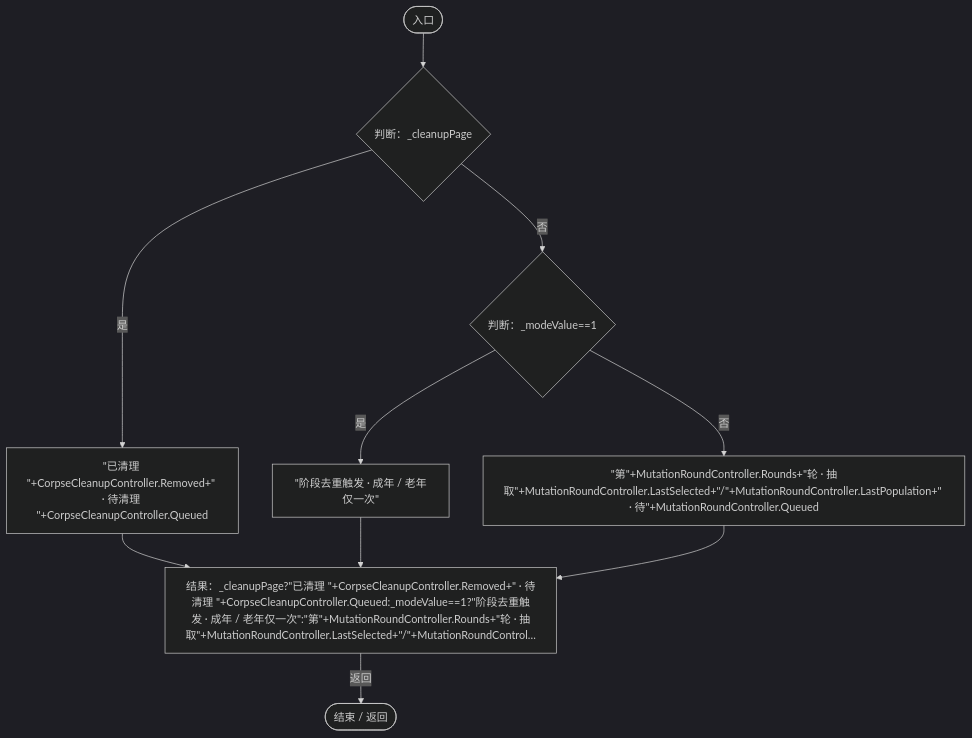
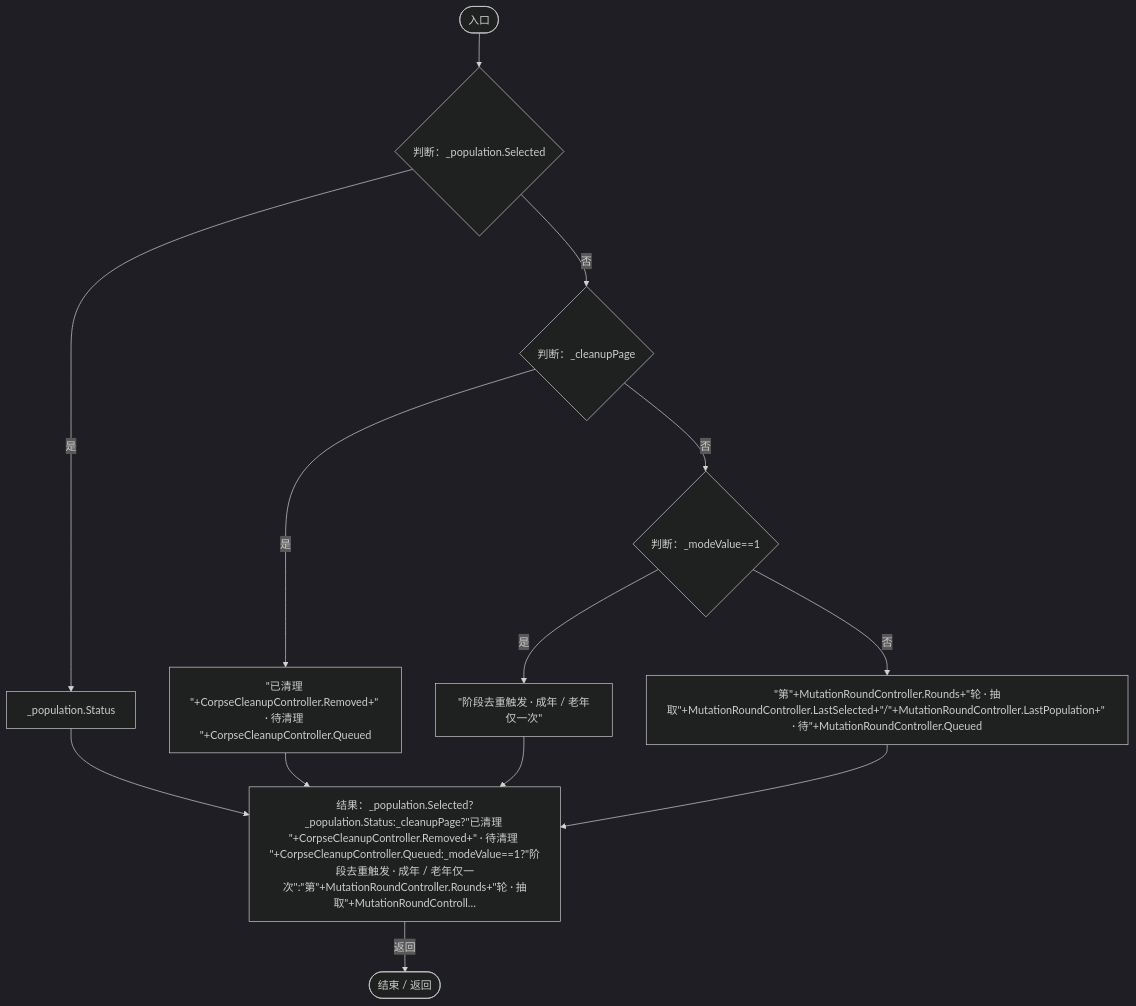
Diagram 26 of 26 in Docs/运行流程图/脚本/92d59cd12a5696c3.md (xhs6666/Darwin_paradise), drawn with Mermaid (dark theme) before and after one commit. The commit also changed other lines of this file and 114 other files, not shown here.

First line of the commit message:
Make population ratio control optional and retire automatic refill

````diff
--- a/Docs/运行流程图/脚本/92d59cd12a5696c3.md
+++ b/Docs/运行流程图/脚本/92d59cd12a5696c3.md
@@ -770,21 +889,26 @@
 ```mermaid
 flowchart TD
   b0(["入口"])
-  b1{"判断：_cleanupPage"}
-  b2["&quot;已清理 &quot;+CorpseCleanupController.Removed+&quot; · 待清理 &quot;+CorpseCleanupController.Queued"]
-  b3{"判断：_modeValue==1"}
-  b4["&quot;阶段去重触发 · 成年 / 老年仅一次&quot;"]
-  b5["&quot;第&quot;+MutationRoundController.Rounds+&quot;轮 · 抽取&quot;+MutationRoundController.LastSelected+&quot;/&quot;+MutationRoundController.LastPopulation+&quot; · 待&quot;+MutationRoundController.Queued"]
-  b6["结果：_cleanupPage?&quot;已清理 &quot;+CorpseCleanupController.Removed+&quot; · 待清理 &quot;+CorpseCleanupController.Queued:_modeValue==1?&quot;阶段去重触发 · 成年 / 老年仅一次&quot;:&quot;第&quot;+MutationRoundController.Rounds+&quot;轮 · 抽取&quot;+MutationRoundController.LastSelected+&quot;/&quot;+MutationRoundControl…"]
-  b7(["结束 / 返回"])
+  b1{"判断：_population.Selected"}
+  b2["_population.Status"]
+  b3{"判断：_cleanupPage"}
+  b4["&quot;已清理 &quot;+CorpseCleanupController.Removed+&quot; · 待清理 &quot;+CorpseCleanupController.Queued"]
+  b5{"判断：_modeValue==1"}
+  b6["&quot;阶段去重触发 · 成年 / 老年仅一次&quot;"]
+  b7["&quot;第&quot;+MutationRoundController.Rounds+&quot;轮 · 抽取&quot;+MutationRoundController.LastSelected+&quot;/&quot;+MutationRoundController.LastPopulation+&quot; · 待&quot;+MutationRoundController.Queued"]
+  b8["结果：_population.Selected?_population.Status:_cleanupPage?&quot;已清理 &quot;+CorpseCleanupController.Removed+&quot; · 待清理 &quot;+CorpseCleanupController.Queued:_modeValue==1?&quot;阶段去重触发 · 成年 / 老年仅一次&quot;:&quot;第&quot;+MutationRoundController.Rounds+&quot;轮 · 抽取&quot;+MutationRoundControll…"]
+  b9(["结束 / 返回"])
   b0 --> b1
   b1 -->|"是"| b2
   b1 -->|"否"| b3
-  b2 --> b6
+  b2 --> b8
   b3 -->|"是"| b4
   b3 -->|"否"| b5
-  b4 --> b6
-  b5 --> b6
-  b6 -->|"返回"| b7
+  b4 --> b8
+  b5 -->|"是"| b6
+  b5 -->|"否"| b7
+  b6 --> b8
+  b7 --> b8
+  b8 -->|"返回"| b9
 
 ```
````
